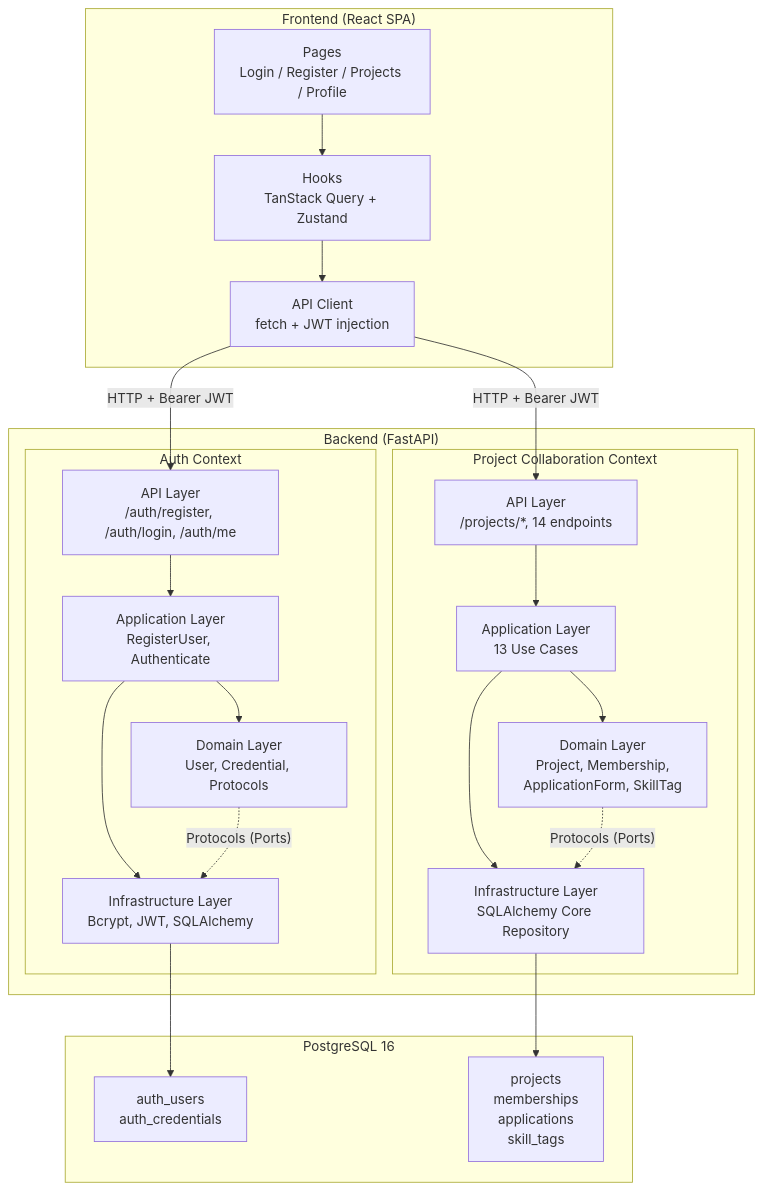
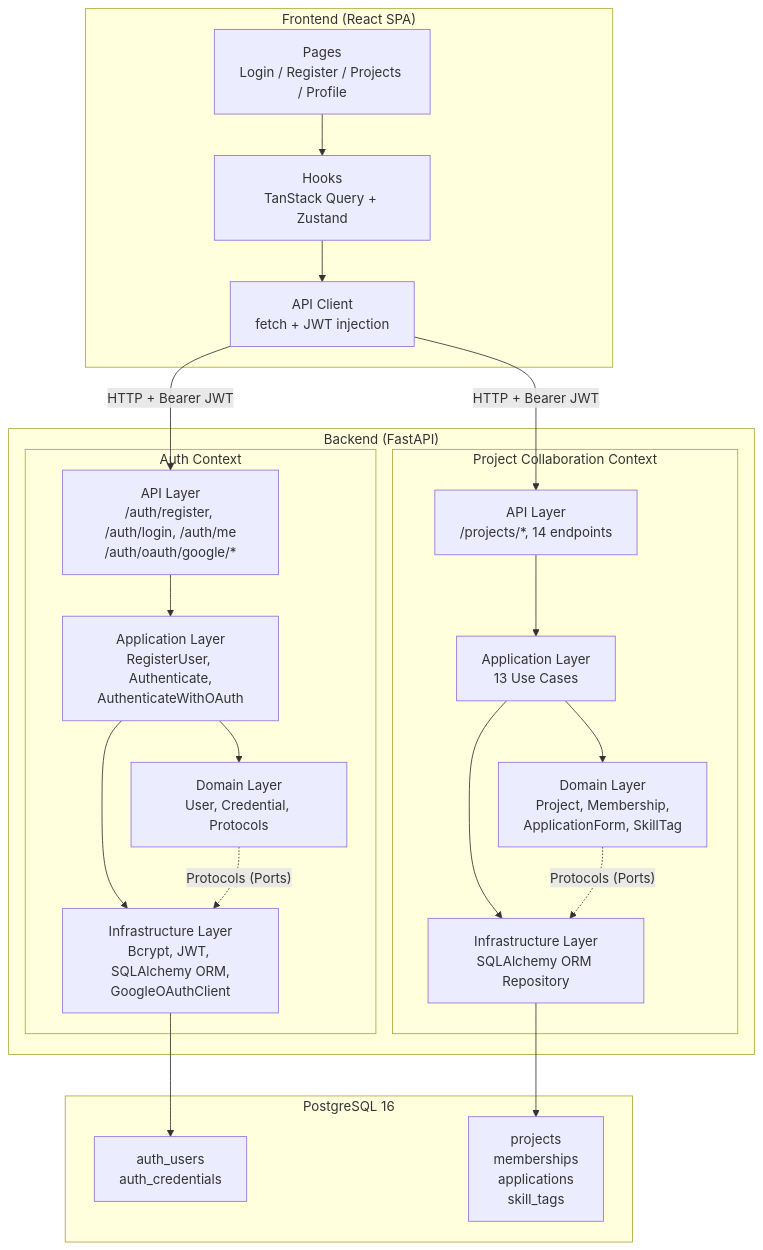
One commit to pauchai/projects changed the diagram in README.md. Above: the diagram before and after it, drawn with Mermaid. The commit also changed other lines of this file and 4 other files, not shown here.

````diff
--- a/README.md
+++ b/README.md
@@ -22,44 +23,44 @@
 ```mermaid
 graph TB
     subgraph Frontend ["Frontend (React SPA)"]
         Pages["Pages<br/>Login / Register / Projects / Profile"]
         Hooks["Hooks<br/>TanStack Query + Zustand"]
         ApiClient["API Client<br/>fetch + JWT injection"]
     end
 
     subgraph Backend ["Backend (FastAPI)"]
         subgraph Auth ["Auth Context"]
-            AuthAPI["API Layer<br/>/auth/register, /auth/login, /auth/me"]
-            AuthApp["Application Layer<br/>RegisterUser, Authenticate"]
+            AuthAPI["API Layer<br/>/auth/register, /auth/login, /auth/me<br/>/auth/oauth/google/*"]
+            AuthApp["Application Layer<br/>RegisterUser, Authenticate,<br/>AuthenticateWithOAuth"]
             AuthDomain["Domain Layer<br/>User, Credential, Protocols"]
-            AuthInfra["Infrastructure Layer<br/>Bcrypt, JWT, SQLAlchemy"]
+            AuthInfra["Infrastructure Layer<br/>Bcrypt, JWT, SQLAlchemy ORM,<br/>GoogleOAuthClient"]
         end
 
         subgraph ProjectCollab ["Project Collaboration Context"]
             ProjAPI["API Layer<br/>/projects/*, 14 endpoints"]
             ProjApp["Application Layer<br/>13 Use Cases"]
             ProjDomain["Domain Layer<br/>Project, Membership,<br/>ApplicationForm, SkillTag"]
-            ProjInfra["Infrastructure Layer<br/>SQLAlchemy Core Repository"]
+            ProjInfra["Infrastructure Layer<br/>SQLAlchemy ORM Repository"]
         end
     end
 
     subgraph DB ["PostgreSQL 16"]
         AuthTables["auth_users<br/>auth_credentials"]
         ProjTables["projects<br/>memberships<br/>applications<br/>skill_tags"]
     end
 
     Pages --> Hooks --> ApiClient
     ApiClient -- "HTTP + Bearer JWT" --> AuthAPI
     ApiClient -- "HTTP + Bearer JWT" --> ProjAPI
 
     AuthAPI --> AuthApp --> AuthDomain
     AuthApp --> AuthInfra
     AuthInfra --> AuthTables
 
     ProjAPI --> ProjApp --> ProjDomain
     ProjApp --> ProjInfra
     ProjInfra --> ProjTables
 
     AuthDomain -. "Protocols (Ports)" .-> AuthInfra
     ProjDomain -. "Protocols (Ports)" .-> ProjInfra
 ```
````
